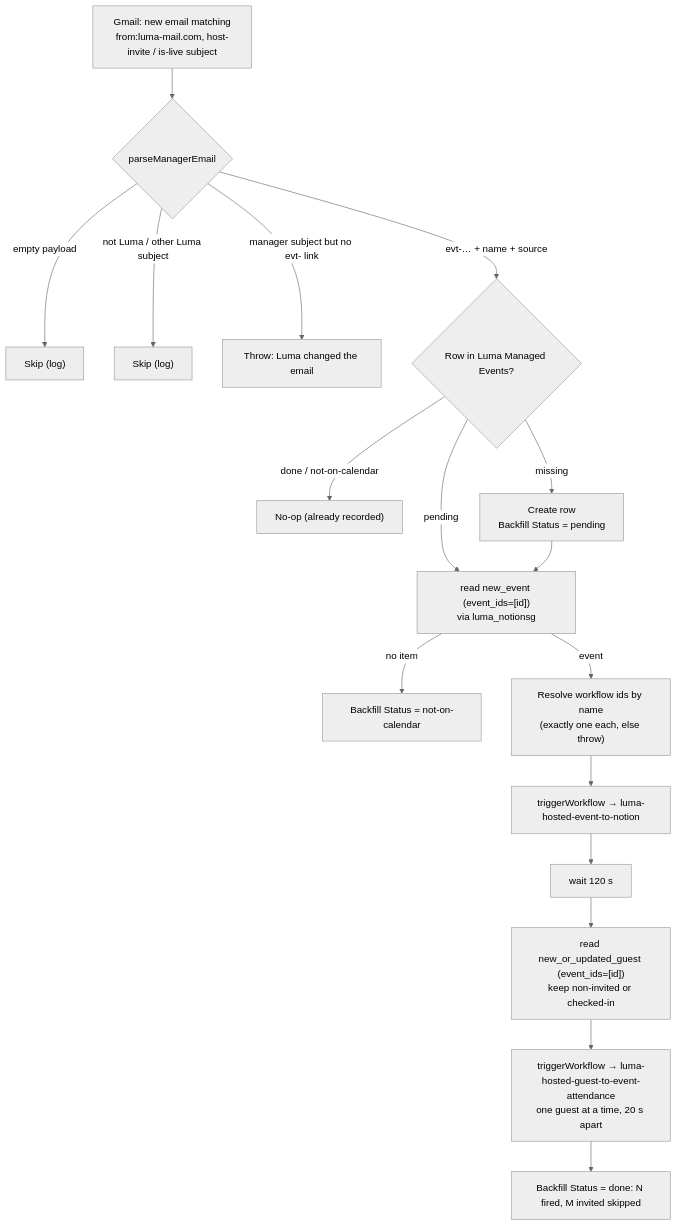
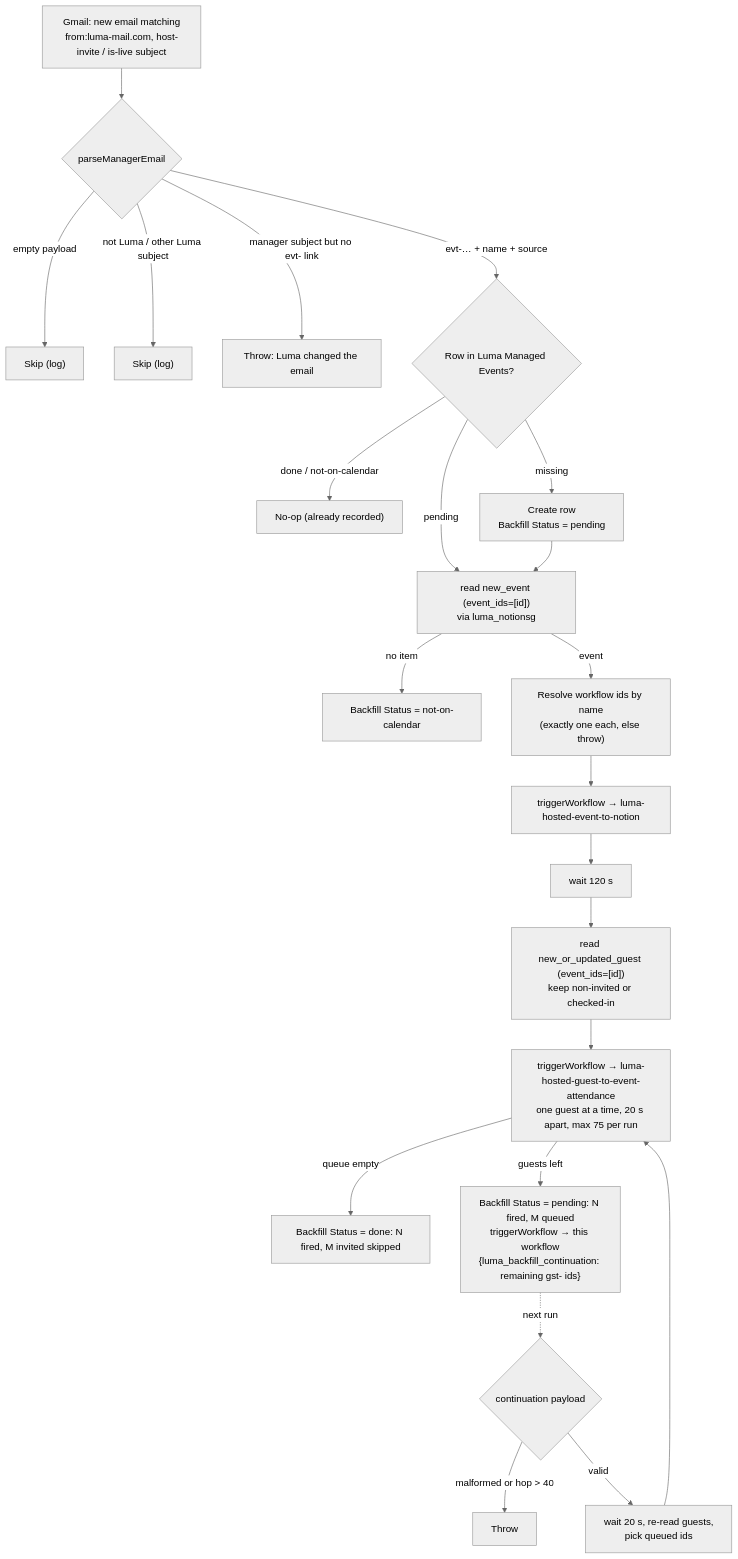
Before and after one commit to work-flowers/zapier-sdk: the diagram in luma-manager-email-to-table/README.md, drawn with Mermaid (neutral theme). The commit also changed other lines of this file and 5 other files, not shown here.

First line of the commit message:
luma-manager-email-to-table: batch the guest backfill across runs

````diff
--- a/luma-manager-email-to-table/README.md
+++ b/luma-manager-email-to-table/README.md
@@ -39,19 +58,24 @@
 ```mermaid
 flowchart TD
     A["Gmail: new email matching<br/>from:luma-mail.com, host-invite / is-live subject"] --> B{"parseManagerEmail"}
     B -->|"empty payload"| S0["Skip (log)"]
     B -->|"not Luma / other Luma subject"| S1["Skip (log)"]
     B -->|"manager subject but no evt- link"| X["Throw: Luma changed the email"]
     B -->|"evt-… + name + source"| C{"Row in Luma Managed Events?"}
     C -->|"done / not-on-calendar"| S2["No-op (already recorded)"]
     C -->|"missing"| D["Create row<br/>Backfill Status = pending"]
     C -->|"pending"| E
     D --> E["read new_event (event_ids=[id])<br/>via luma_notionsg"]
     E -->|"no item"| F["Backfill Status = not-on-calendar"]
     E -->|"event"| G["Resolve workflow ids by name<br/>(exactly one each, else throw)"]
     G --> H["triggerWorkflow → luma-hosted-event-to-notion"]
     H --> W["wait 120 s"]
     W --> I["read new_or_updated_guest (event_ids=[id])<br/>keep non-invited or checked-in"]
-    I --> J["triggerWorkflow → luma-hosted-guest-to-event-attendance<br/>one guest at a time, 20 s apart"]
-    J --> K["Backfill Status = done: N fired, M invited skipped"]
+    I --> J["triggerWorkflow → luma-hosted-guest-to-event-attendance<br/>one guest at a time, 20 s apart, max 75 per run"]
+    J -->|"queue empty"| K["Backfill Status = done: N fired, M invited skipped"]
+    J -->|"guests left"| P["Backfill Status = pending: N fired, M queued<br/>triggerWorkflow → this workflow<br/>{luma_backfill_continuation: remaining gst- ids}"]
+    P -.->|"next run"| CR{"continuation payload"}
+    CR -->|"malformed or hop > 40"| X2["Throw"]
+    CR -->|"valid"| CW["wait 20 s, re-read guests,<br/>pick queued ids"]
+    CW --> J
 ```
````
